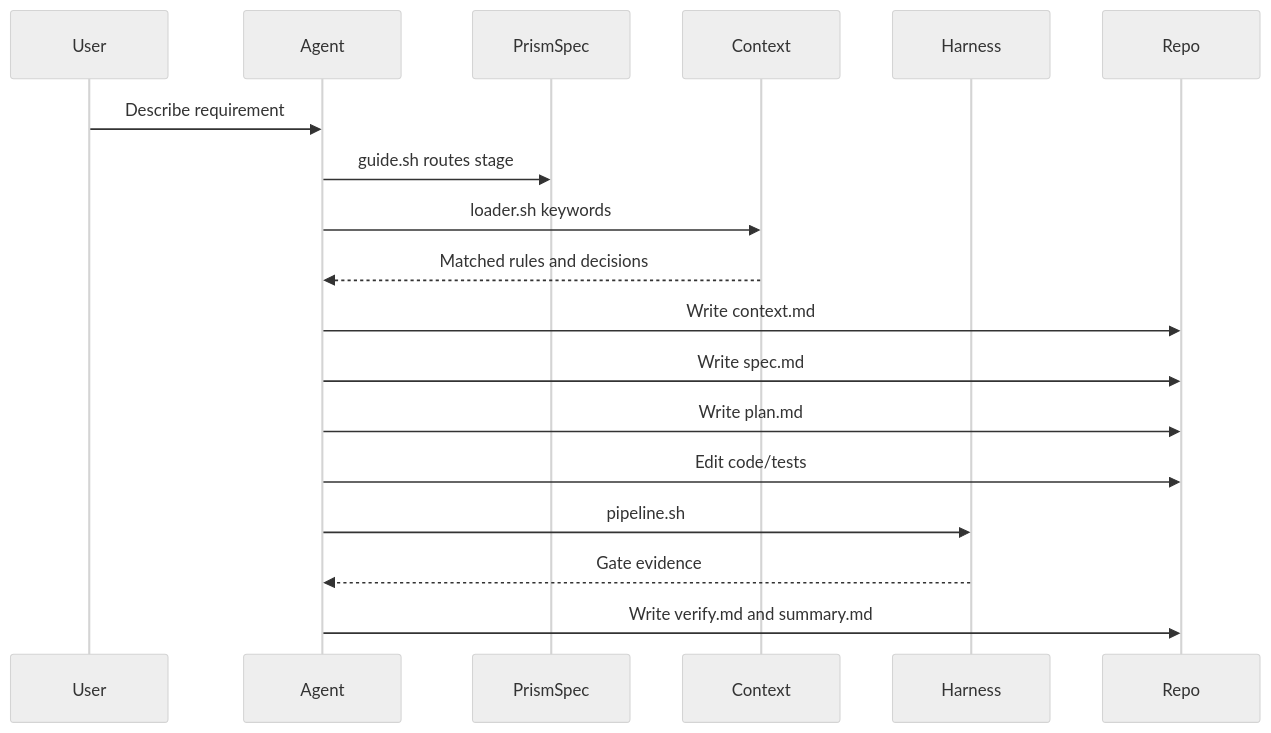
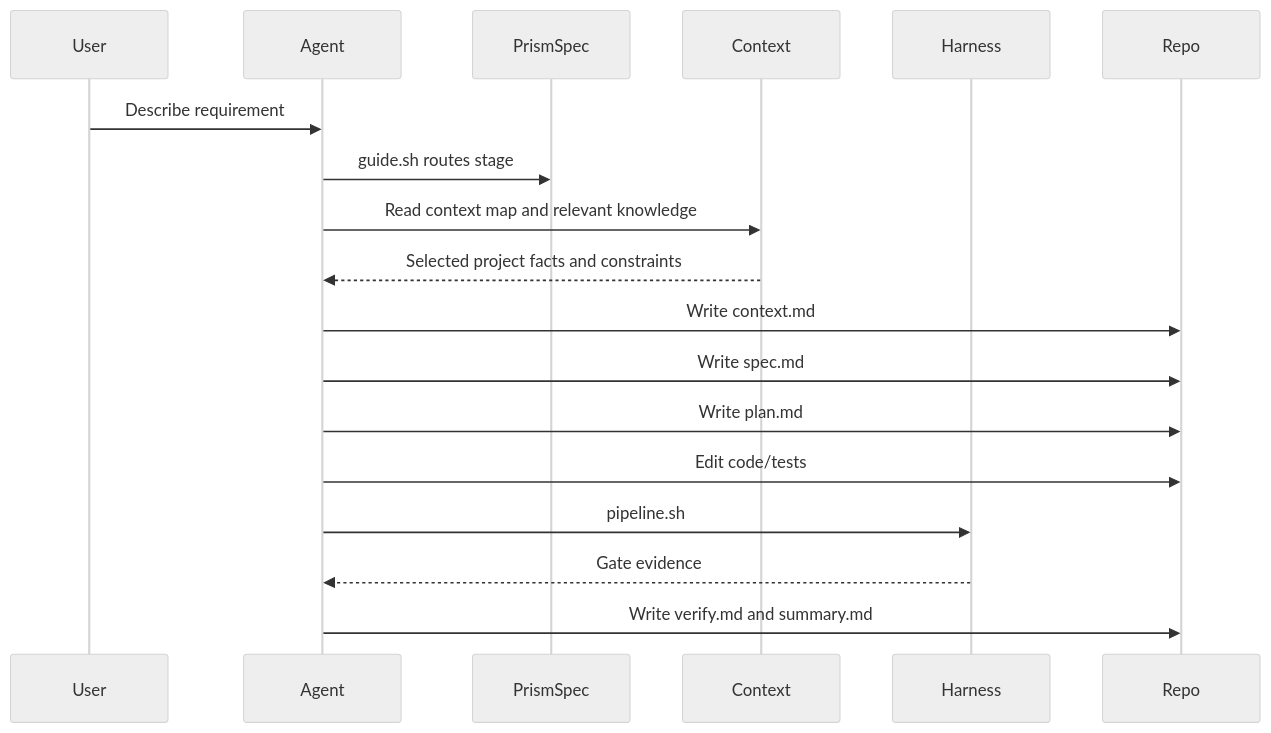
One commit to Spadex/halo changed the second of 2 diagrams in docs/wiki/overall-design.md. Above: the diagram before and after it, drawn with Mermaid (neutral theme). The commit also changed other lines of this file and 4 other files, not shown here.

````diff
--- a/docs/wiki/overall-design.md
+++ b/docs/wiki/overall-design.md
@@ -74,21 +74,21 @@
 ```mermaid
 sequenceDiagram
     participant User
     participant Agent
     participant PS as PrismSpec
     participant K as Context
     participant H as Harness
     participant Repo
 
     User->>Agent: Describe requirement
     Agent->>PS: guide.sh routes stage
-    Agent->>K: loader.sh keywords
-    K-->>Agent: Matched rules and decisions
+    Agent->>K: Read context map and relevant knowledge
+    K-->>Agent: Selected project facts and constraints
     Agent->>Repo: Write context.md
     Agent->>Repo: Write spec.md
     Agent->>Repo: Write plan.md
     Agent->>Repo: Edit code/tests
     Agent->>H: pipeline.sh
     H-->>Agent: Gate evidence
     Agent->>Repo: Write verify.md and summary.md
 ```
````
